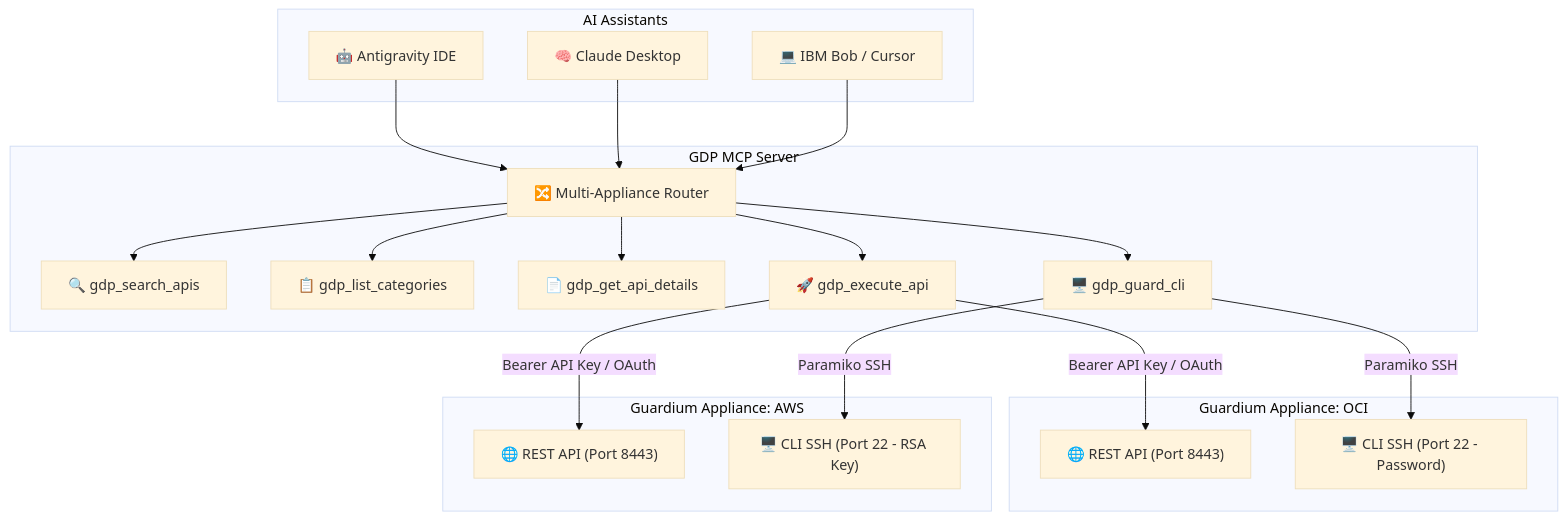
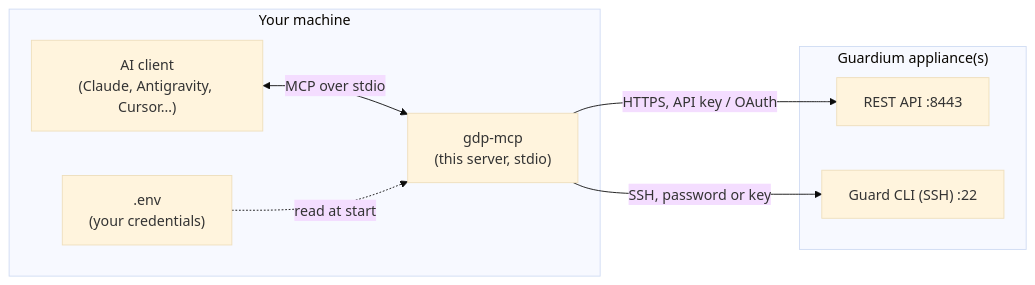
The diagram in README.md (pcontramaestre/gdp-mcp-server), drawn with Mermaid (base theme) before and after one commit. The commit also changed other lines of this file, not shown here.

Commit message:
docs: rewrite README for local installs (install, clients, security, reference)

````diff
--- a/README.md
+++ b/README.md
@@ -38,43 +50,16 @@
 ```mermaid
-flowchart TB
-    subgraph clients ["AI Assistants"]
-        A1["🤖 Antigravity IDE"]
-        A2["🧠 Claude Desktop"]
-        A3["💻 IBM Bob / Cursor"]
+flowchart LR
+    subgraph local ["Your machine"]
+        C["AI client<br/>(Claude, Antigravity, Cursor…)"]
+        S["gdp-mcp<br/>(this server, stdio)"]
+        E[".env<br/>(your credentials)"]
     end
-
-    subgraph server ["GDP MCP Server"]
-        ROUTER["🔀 Multi-Appliance Router"]
-        T1["🔍 gdp_search_apis"]
-        T2["📋 gdp_list_categories"]
-        T3["📄 gdp_get_api_details"]
-        T4["🚀 gdp_execute_api"]
-        T5["🖥️ gdp_guard_cli"]
+    subgraph gdp ["Guardium appliance(s)"]
+        R["REST API :8443"]
+        K["Guard CLI (SSH) :22"]
     end
-
-    subgraph oci ["Guardium Appliance: OCI"]
-        OCI_API["🌐 REST API (Port 8443)"]
-        OCI_CLI["🖥️ CLI SSH (Port 22 - Password)"]
-    end
-
-    subgraph aws ["Guardium Appliance: AWS"]
-        AWS_API["🌐 REST API (Port 8443)"]
-        AWS_CLI["🖥️ CLI SSH (Port 22 - RSA Key)"]
-    end
-
-    A1 --> ROUTER
-    A2 --> ROUTER
-    A3 --> ROUTER
-
-    ROUTER --> T1
-    ROUTER --> T2
-    ROUTER --> T3
-    ROUTER --> T4
-    ROUTER --> T5
-
-    T4 -->|"Bearer API Key / OAuth"| OCI_API
-    T4 -->|"Bearer API Key / OAuth"| AWS_API
-
-    T5 -->|"Paramiko SSH"| OCI_CLI
-    T5 -->|"Paramiko SSH"| AWS_CLI
+    C <-->|"MCP over stdio"| S
+    E -.->|"read at start"| S
+    S -->|"HTTPS, API key / OAuth"| R
+    S -->|"SSH, password or key"| K
 ```
````
